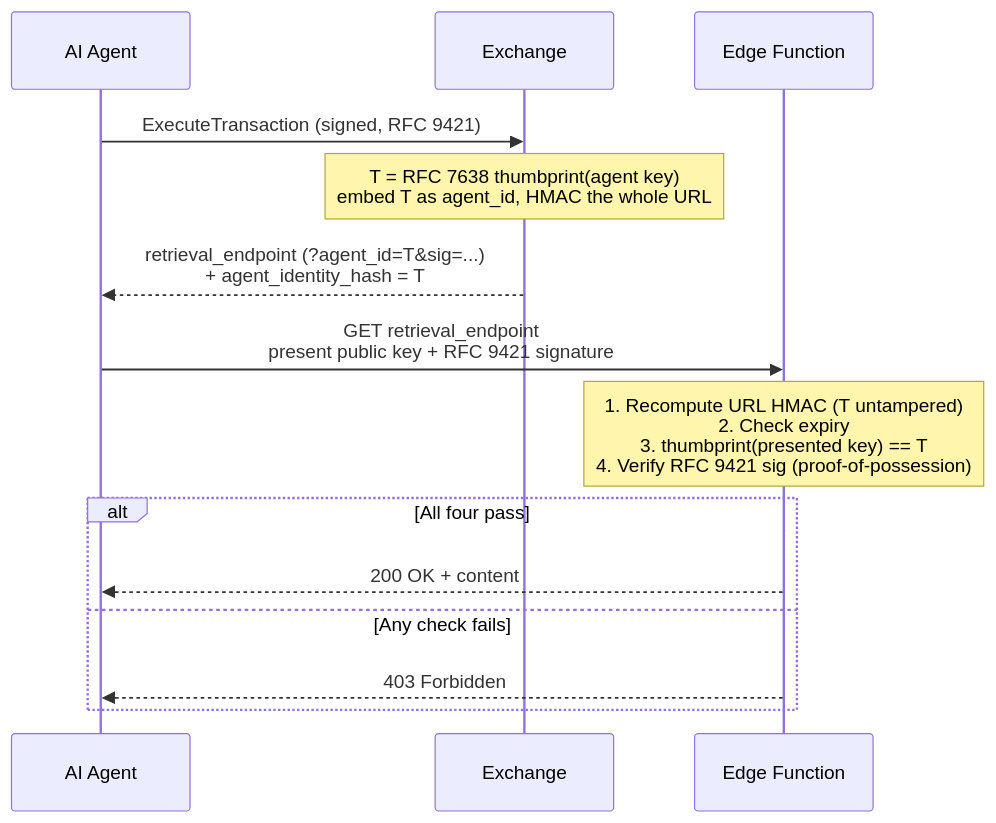
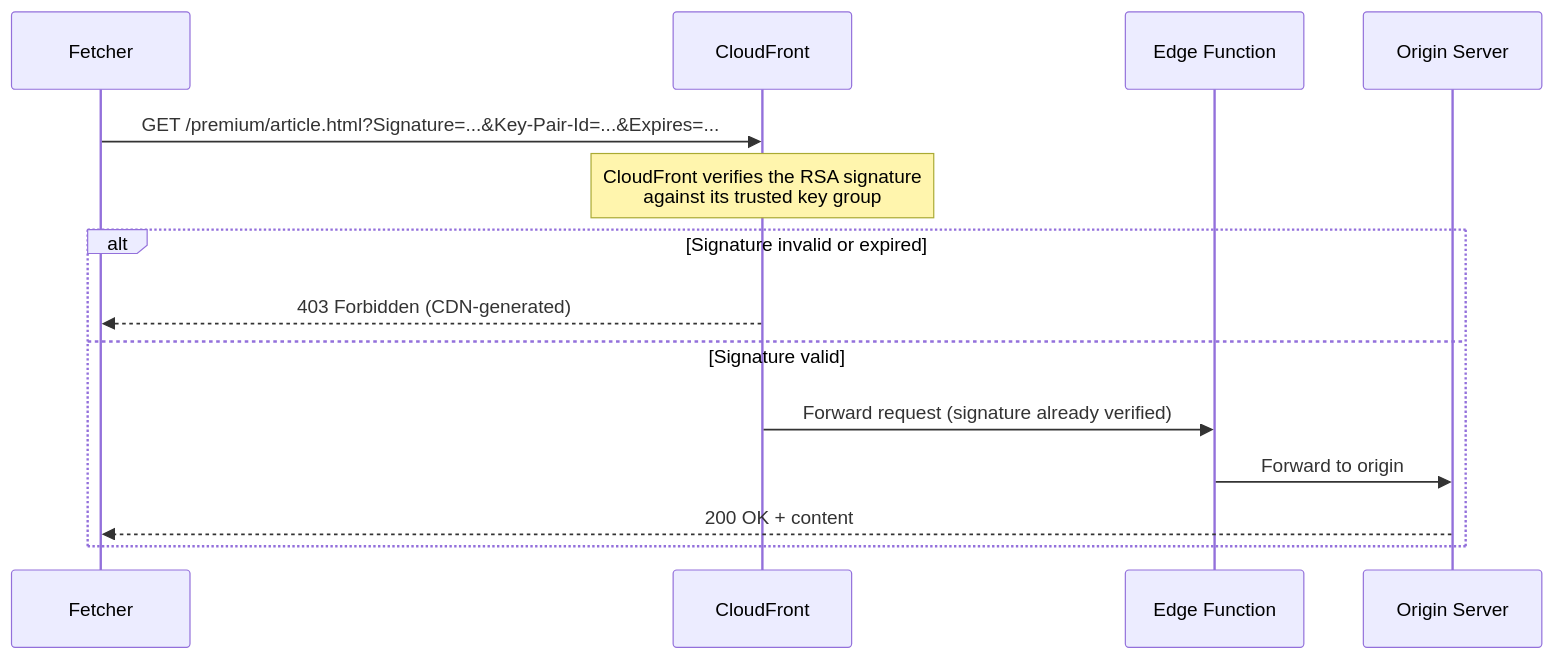
The fourth of 5 diagrams in website/src/content/docs/components/edge-function/signed-url-verification.mdx (RAMP-Protocol/protocol), drawn with Mermaid before and after one commit. The commit also changed other lines of this file, not shown here.

````diff
--- a/website/src/content/docs/components/edge-function/signed-url-verification.mdx
+++ b/website/src/content/docs/components/edge-function/signed-url-verification.mdx
@@ -149,18 +242,19 @@
 ```mermaid
 sequenceDiagram
-    participant Agent as AI Agent
-    participant MP as Exchange
+    participant Agent as Fetcher
+    participant CDN as CloudFront
     participant Edge as Edge Function
+    participant Origin as Origin Server
 
-    Agent->>MP: ExecuteTransaction (signed, RFC 9421)
-    Note over MP: T = RFC 7638 thumbprint(agent key)<br/>embed T as agent_id, HMAC the whole URL
-    MP-->>Agent: retrieval_endpoint (?agent_id=T&sig=...)<br/>+ agent_identity_hash = T
+    Agent->>CDN: GET /premium/article.html?Signature=...&Key-Pair-Id=...&Expires=...
 
-    Agent->>Edge: GET retrieval_endpoint<br/>present public key + RFC 9421 signature
-    Note over Edge: 1. Recompute URL HMAC (T untampered)<br/>2. Check expiry<br/>3. thumbprint(presented key) == T<br/>4. Verify RFC 9421 sig (proof-of-possession)
-    alt All four pass
-        Edge-->>Agent: 200 OK + content
-    else Any check fails
-        Edge-->>Agent: 403 Forbidden
+    Note over CDN: CloudFront verifies the RSA signature<br/>against its trusted key group
+
+    alt Signature invalid or expired
+        CDN-->>Agent: 403 Forbidden (CDN-generated)
+    else Signature valid
+        CDN->>Edge: Forward request (signature already verified)
+        Edge->>Origin: Forward to origin
+        Origin-->>Agent: 200 OK + content
     end
 ```
````
